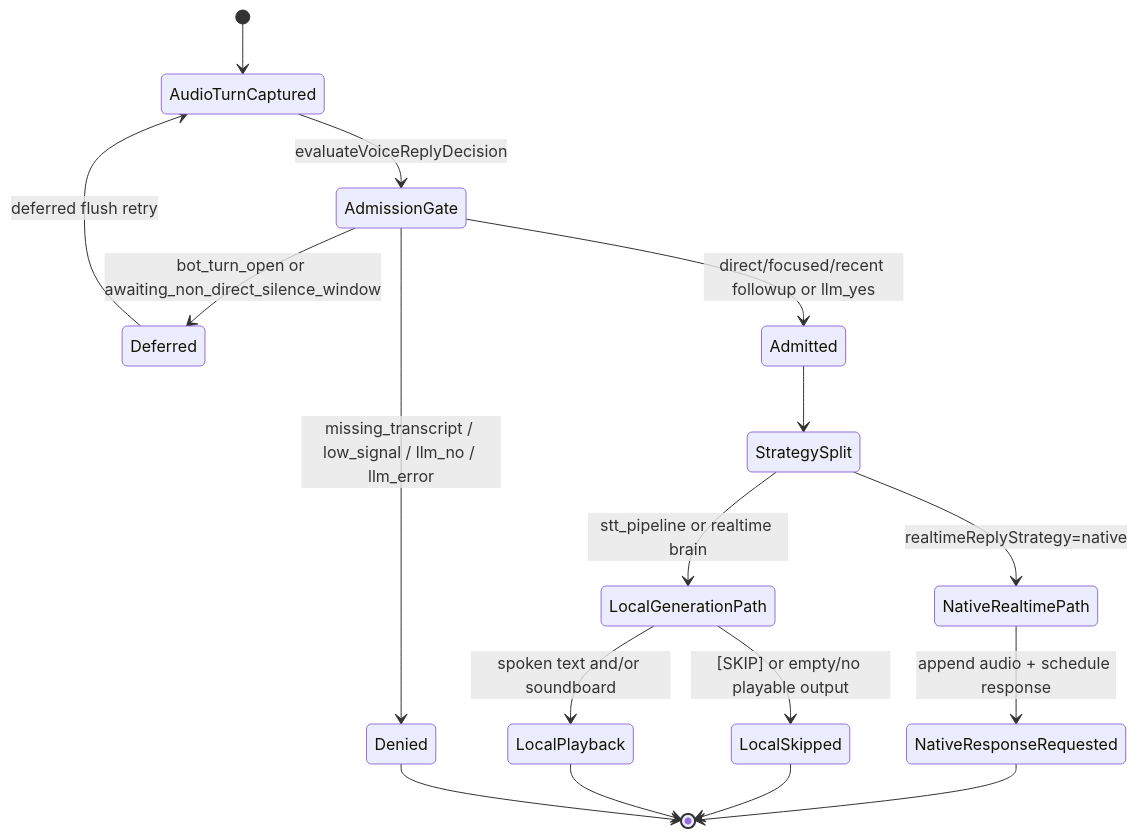
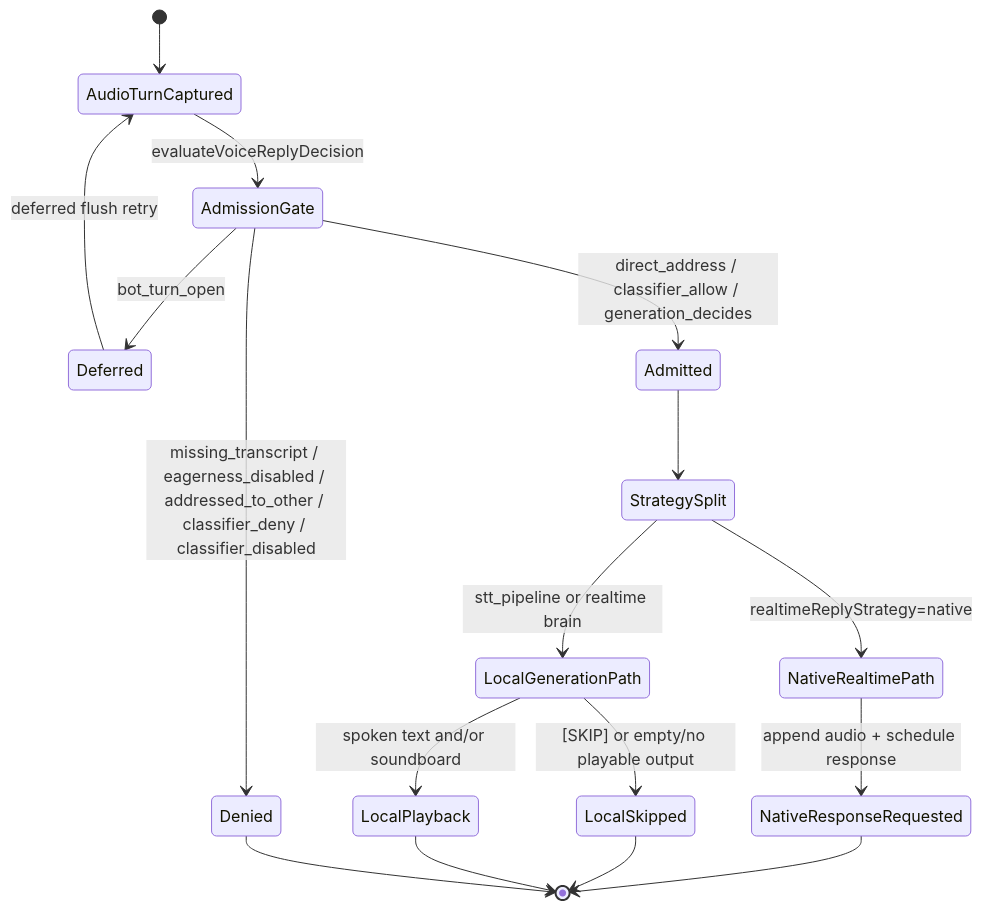
One commit to Volpestyle/clanker_conk changed the diagram in docs/diagrams/reply-decision-chat-state.mmd. Above: the diagram before and after it, drawn with Mermaid. The commit also changed 12 other files, not shown here.

First line of the commit message:
Add voice reply classifier gate for bridge mode, replace brittle heuristic gates

```diff
--- a/docs/diagrams/reply-decision-chat-state.mmd
+++ b/docs/diagrams/reply-decision-chat-state.mmd
@@ -1,23 +1,23 @@
 stateDiagram-v2
     [*] --> AudioTurnCaptured
     AudioTurnCaptured --> AdmissionGate : evaluateVoiceReplyDecision
 
-    AdmissionGate --> Denied : missing_transcript / low_signal / llm_no / llm_error
-    AdmissionGate --> Deferred : bot_turn_open or awaiting_non_direct_silence_window
-    AdmissionGate --> Admitted : direct/focused/recent followup or llm_yes
+    AdmissionGate --> Denied : missing_transcript / eagerness_disabled / addressed_to_other / classifier_deny / classifier_disabled
+    AdmissionGate --> Deferred : bot_turn_open
+    AdmissionGate --> Admitted : direct_address / classifier_allow / generation_decides
 
     Deferred --> AudioTurnCaptured : deferred flush retry
 
     Admitted --> StrategySplit
     StrategySplit --> NativeRealtimePath : realtimeReplyStrategy=native
     StrategySplit --> LocalGenerationPath : stt_pipeline or realtime brain
 
     NativeRealtimePath --> NativeResponseRequested : append audio + schedule response
 
     LocalGenerationPath --> LocalSkipped : [SKIP] or empty/no playable output
     LocalGenerationPath --> LocalPlayback : spoken text and/or soundboard
 
     NativeResponseRequested --> [*]
     LocalSkipped --> [*]
     LocalPlayback --> [*]
     Denied --> [*]
```
